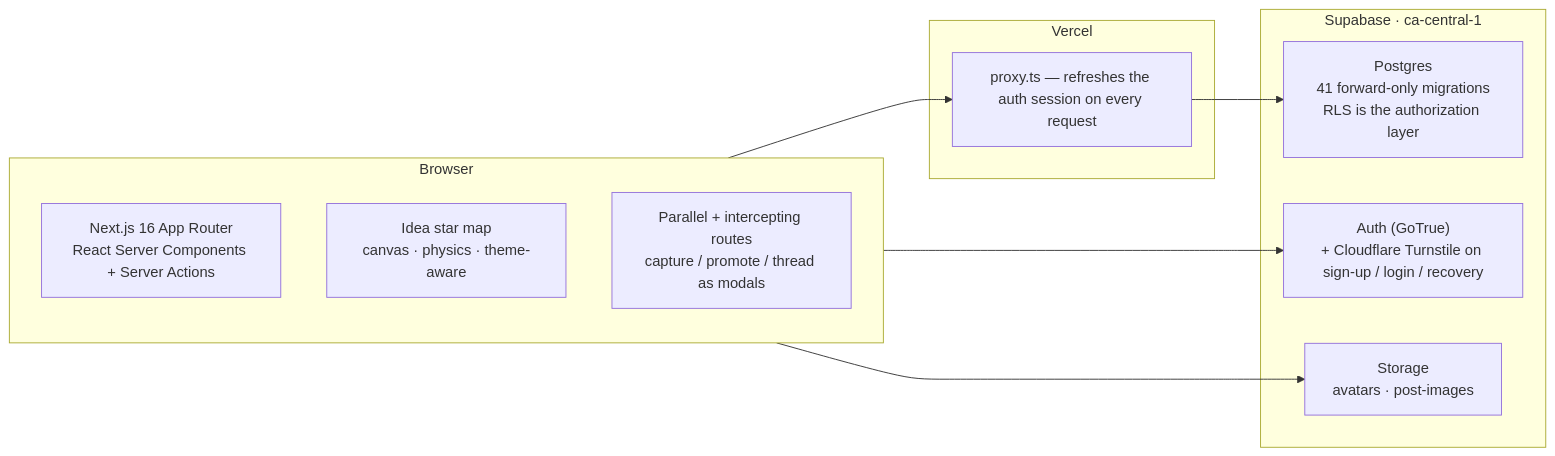
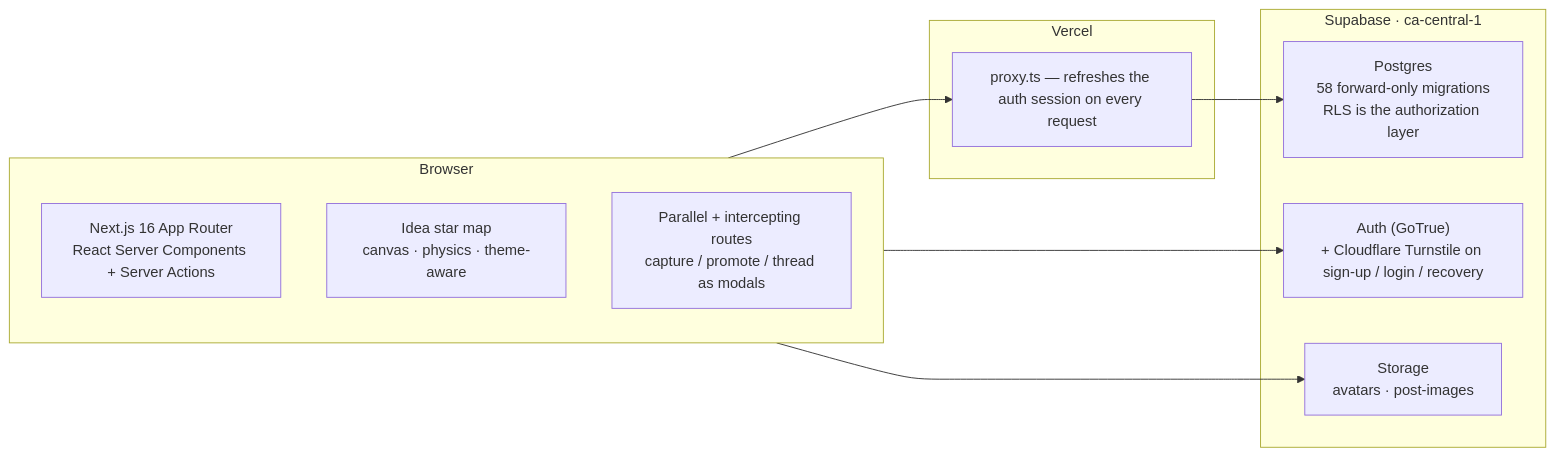
Before and after one commit to PriceZZY/chensi-slices: the diagram in README.md, drawn with Mermaid. The commit also changed other lines of this file, not shown here.

````diff
--- a/README.md
+++ b/README.md
@@ -124,19 +124,19 @@
 ```mermaid
 flowchart LR
   subgraph Browser
     RSC["Next.js 16 App Router<br/>React Server Components + Server Actions"]
     Map["Idea star map<br/>canvas · physics · theme-aware"]
     Modal["Parallel + intercepting routes<br/>capture / promote / thread as modals"]
   end
   subgraph Vercel
     Proxy["proxy.ts — refreshes the auth session on every request"]
   end
   subgraph Supabase["Supabase · ca-central-1"]
-    PG["Postgres<br/>41 forward-only migrations<br/>RLS is the authorization layer"]
+    PG["Postgres<br/>58 forward-only migrations<br/>RLS is the authorization layer"]
     Auth["Auth (GoTrue)<br/>+ Cloudflare Turnstile on sign-up / login / recovery"]
     Store["Storage<br/>avatars · post-images"]
   end
   Browser --> Proxy --> PG
   Browser --> Auth
   Browser --> Store
 ```
````
